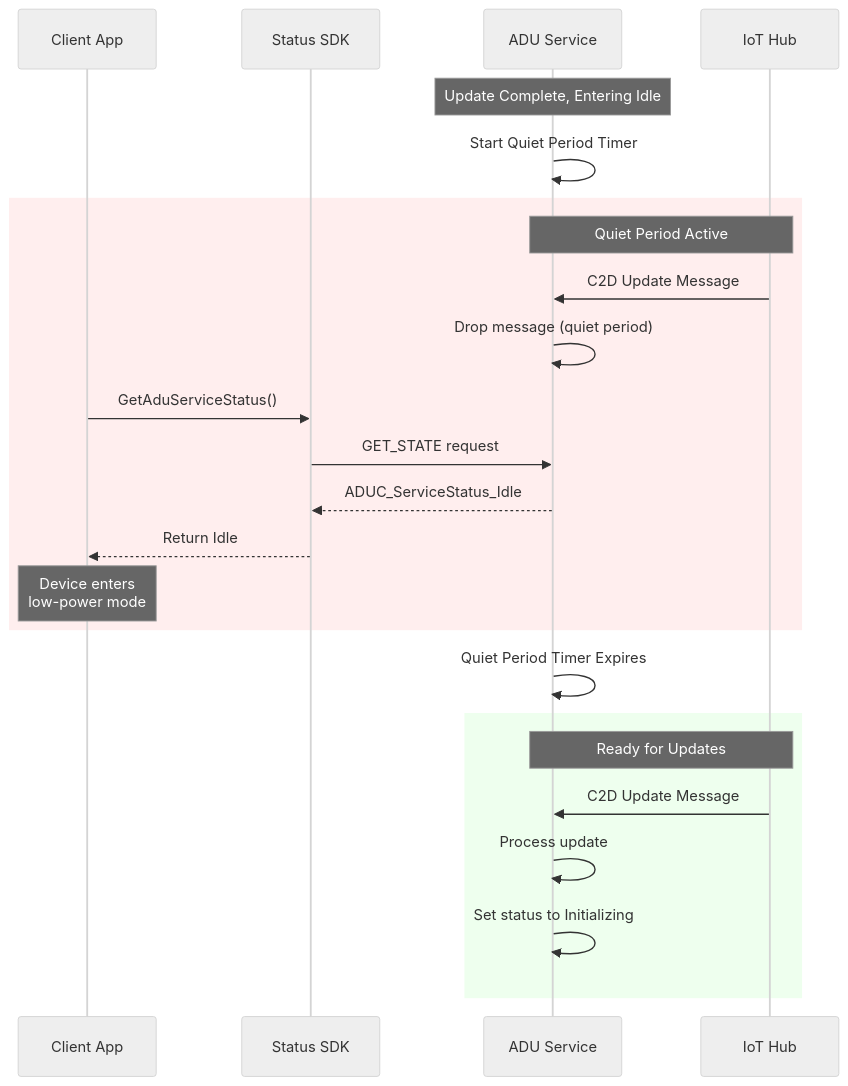
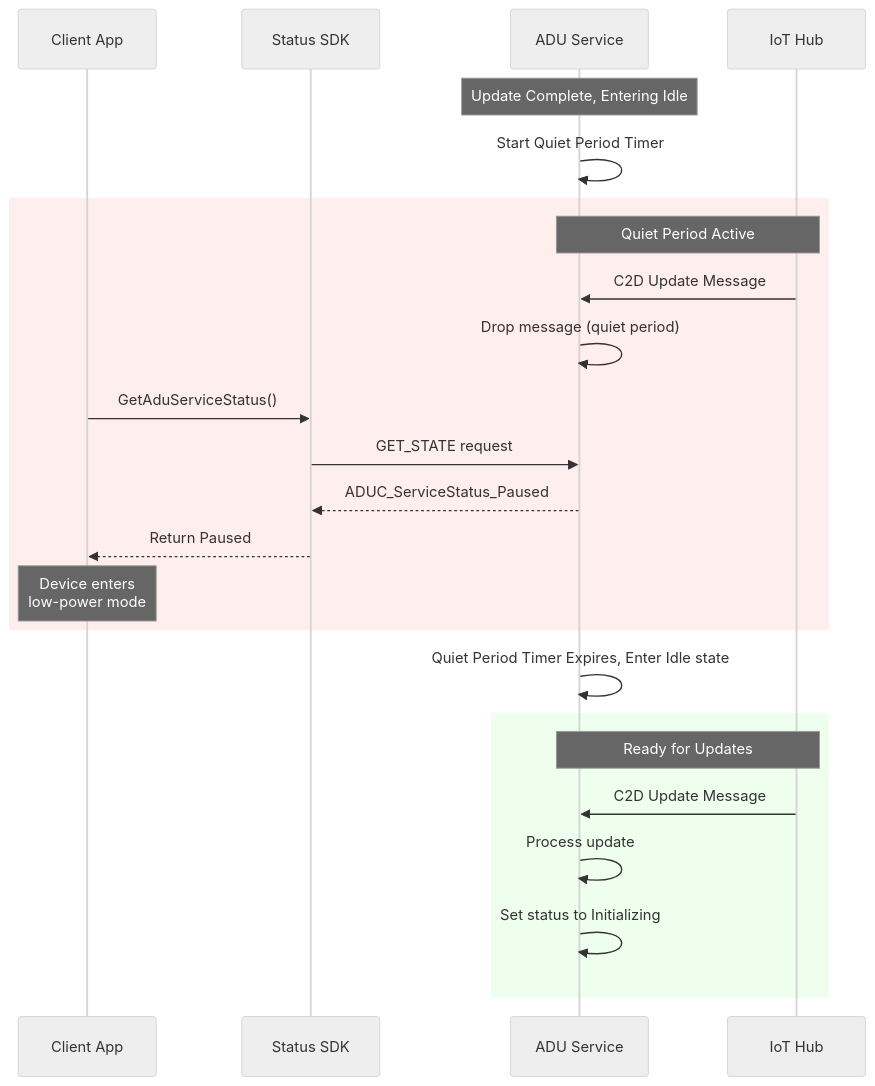
One commit to Azure/iot-hub-device-update changed the second of 4 diagrams in docs/agent-reference/GetAduServiceStatus.md. Above: the diagram before and after it, drawn with Mermaid (neutral theme). The commit also changed other lines of this file, not shown here.

Commit message:
update diagrams to include Paused state

````diff
--- a/docs/agent-reference/GetAduServiceStatus.md
+++ b/docs/agent-reference/GetAduServiceStatus.md
@@ -207,36 +207,36 @@
 ```mermaid
 
 sequenceDiagram
     participant Client as Client App
     participant SDK as Status SDK
     participant ADU as ADU Service
     participant IoTHub as IoT Hub
     
     Note over ADU: Update Complete, Entering Idle
     ADU->>ADU: Start Quiet Period Timer
     
     rect rgba(255, 200, 200, 0.3)
         Note over ADU,IoTHub: Quiet Period Active
         
         IoTHub->>ADU: C2D Update Message
         ADU->>ADU: Drop message (quiet period)
         
         Client->>SDK: GetAduServiceStatus()
         SDK->>ADU: GET_STATE request
-        ADU-->>SDK: ADUC_ServiceStatus_Idle
-        SDK-->>Client: Return Idle
+        ADU-->>SDK: ADUC_ServiceStatus_Paused
+        SDK-->>Client: Return Paused
         
         Note over Client: Device enters<br/>low-power mode
     end
     
-    ADU->>ADU: Quiet Period Timer Expires
+    ADU->>ADU: Quiet Period Timer Expires, Enter Idle state
     
     rect rgba(200, 255, 200, 0.3)
         Note over ADU,IoTHub: Ready for Updates
         
         IoTHub->>ADU: C2D Update Message
         ADU->>ADU: Process update
         ADU->>ADU: Set status to Initializing
     end
 
 ```
````
